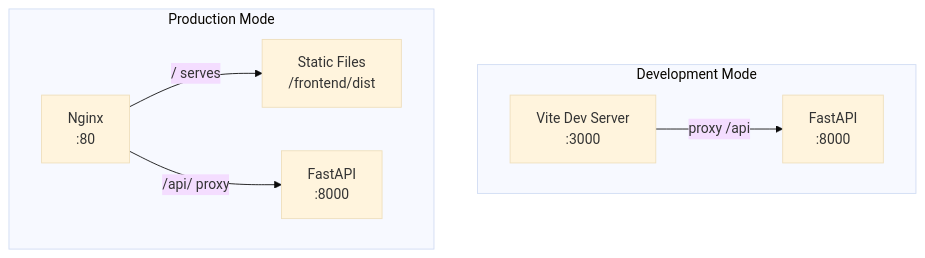
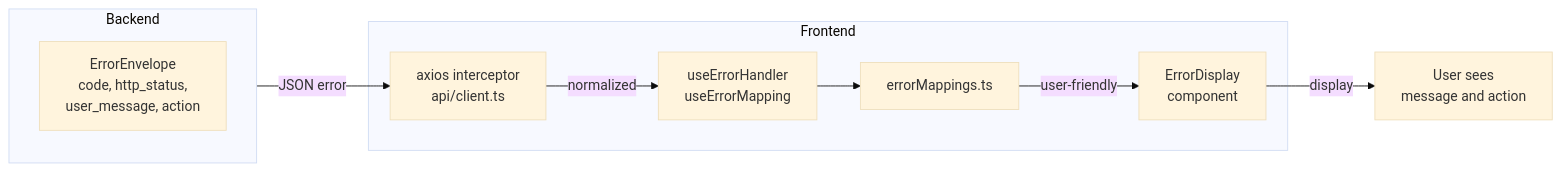
The eighth of 8 diagrams in frontend/docs/ARCHITECTURE.md (dsa110/dsa110-contimg), drawn with Mermaid (base theme) before and after one commit. The commit also changed other lines of this file and 1 other file, not shown here.

Commit message:
fix: update API proxy target to point to FastAPI backend at port 8000

````diff
--- a/frontend/docs/ARCHITECTURE.md
+++ b/frontend/docs/ARCHITECTURE.md
@@ -332,16 +286,19 @@
 ```mermaid
-flowchart TB
-    subgraph Dev["Development Mode"]
-        VD["Vite Dev Server<br/>:3000"]
-        API1["FastAPI<br/>:8000"]
-        VD -->|"proxy /api"| API1
+flowchart LR
+    subgraph API["Backend"]
+        Err["ErrorEnvelope<br/>code, http_status,<br/>user_message, action"]
     end
-    
-    subgraph Prod["Production Mode"]
-        NG["Nginx<br/>:80"]
-        Static["Static Files<br/>/frontend/dist"]
-        API2["FastAPI<br/>:8000"]
-        NG -->|"/ serves"| Static
-        NG -->|"/api/ proxy"| API2
+
+    subgraph Frontend["Frontend"]
+        Int["axios interceptor<br/>api/client.ts"]
+        Hook["useErrorHandler<br/>useErrorMapping"]
+        Map["errorMappings.ts"]
+        ED["ErrorDisplay<br/>component"]
     end
+
+    API -->|"JSON error"| Int
+    Int -->|"normalized"| Hook
+    Hook --> Map
+    Map -->|"user-friendly"| ED
+    ED -->|"display"| User["User sees<br/>message and action"]
 ```
````
